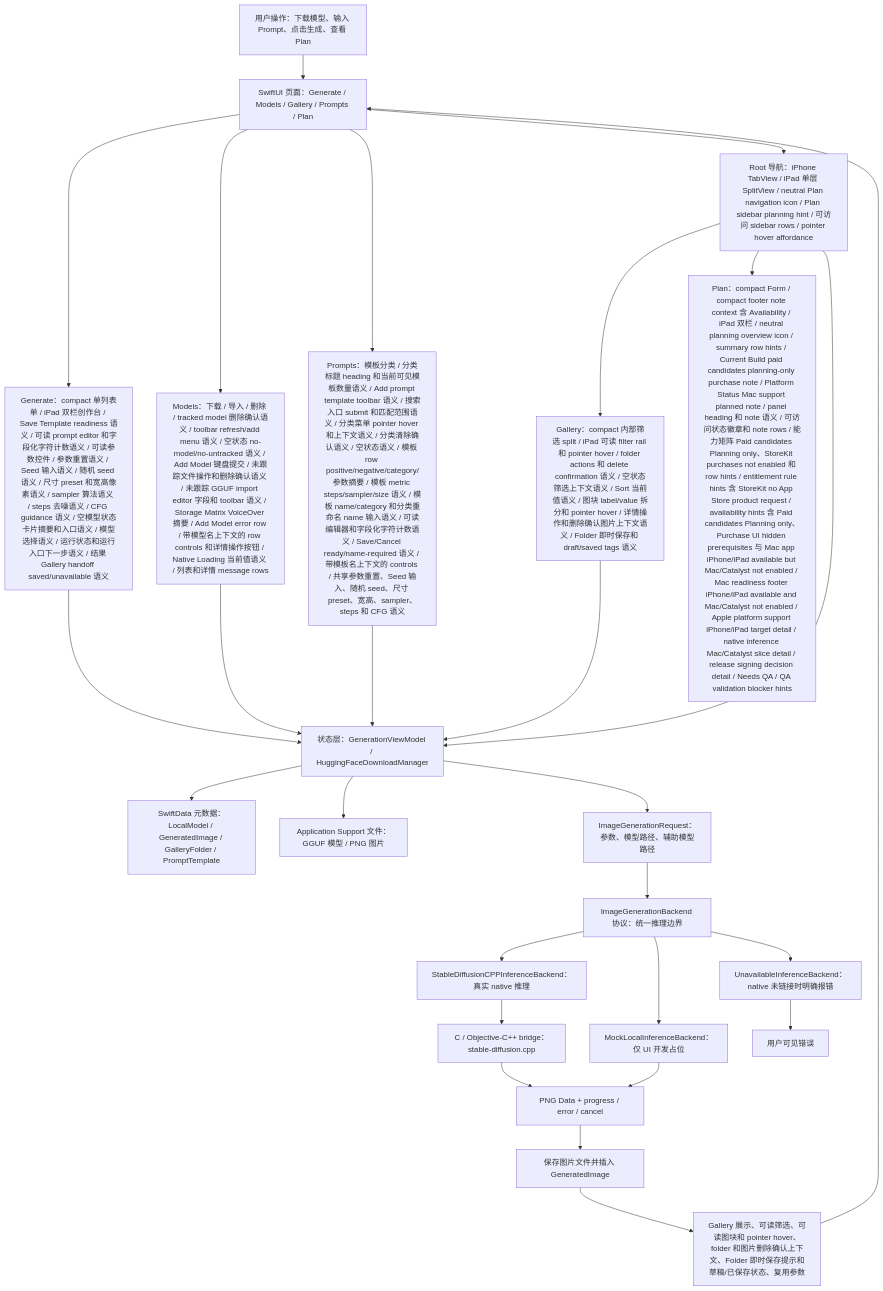
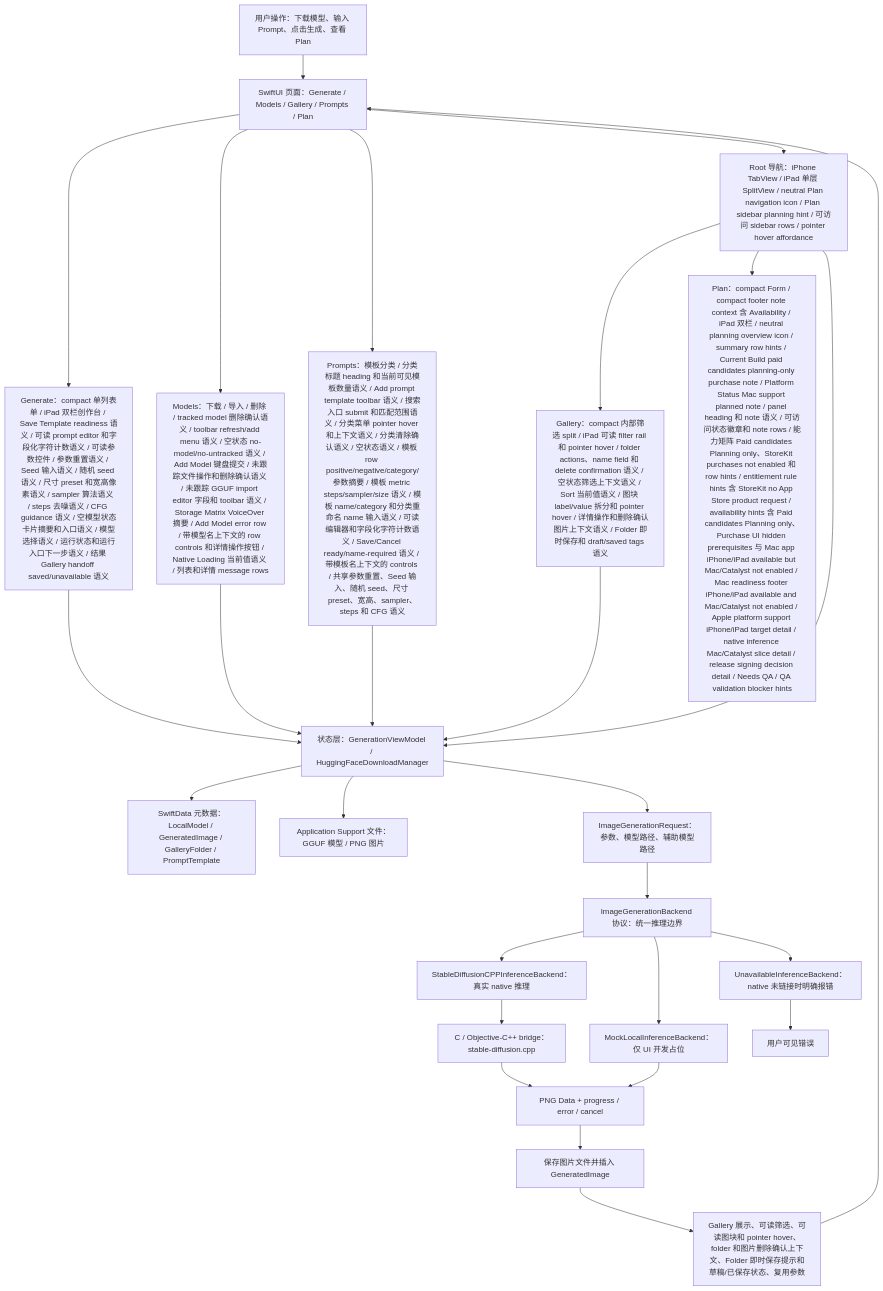
Before and after one commit to Altman-sam114/118: the first of 7 diagrams in md/flow/flowchart.md, drawn with Mermaid. The commit also changed 5 other files, not shown here.

First line of the commit message:
v1.107: Gallery folder name field semantics

````diff
--- a/md/flow/flowchart.md
+++ b/md/flow/flowchart.md
@@ -9,29 +9,29 @@
 ```mermaid
 flowchart TD
   U["用户操作：下载模型、输入 Prompt、点击生成、查看 Plan"] --> UI["SwiftUI 页面：Generate / Models / Gallery / Prompts / Plan"]
   UI --> GENUI["Generate：compact 单列表单 / iPad 双栏创作台 / Save Template readiness 语义 / 可读 prompt editor 和字段化字符计数语义 / 可读参数控件 / 参数重置语义 / Seed 输入语义 / 随机 seed 语义 / 尺寸 preset 和宽高像素语义 / sampler 算法语义 / steps 去噪语义 / CFG guidance 语义 / 空模型状态卡片摘要和入口语义 / 模型选择语义 / 运行状态和运行入口下一步语义 / 结果 Gallery handoff saved/unavailable 语义"]
   UI --> MODELUI["Models：下载 / 导入 / 删除 / tracked model 删除确认语义 / toolbar refresh/add menu 语义 / 空状态 no-model/no-untracked 语义 / Add Model 键盘提交 / 未跟踪文件操作和删除确认语义 / 未跟踪 GGUF import editor 字段和 toolbar 语义 / Storage Matrix VoiceOver 摘要 / Add Model error row / 带模型名上下文的 row controls 和详情操作按钮 / Native Loading 当前值语义 / 列表和详情 message rows"]
   UI --> PROMPTUI["Prompts：模板分类 / 分类标题 heading 和当前可见模板数量语义 / Add prompt template toolbar 语义 / 搜索入口 submit 和匹配范围语义 / 分类菜单 pointer hover 和上下文语义 / 分类清除确认语义 / 空状态语义 / 模板 row positive/negative/category/参数摘要 / 模板 metric steps/sampler/size 语义 / 模板 name/category 和分类重命名 name 输入语义 / 可读编辑器和字段化字符计数语义 / Save/Cancel ready/name-required 语义 / 带模板名上下文的 controls / 共享参数重置、Seed 输入、随机 seed、尺寸 preset、宽高、sampler、steps 和 CFG 语义"]
   UI --> NAV["Root 导航：iPhone TabView / iPad 单层 SplitView / neutral Plan navigation icon / Plan sidebar planning hint / 可访问 sidebar rows / pointer hover affordance"]
-  NAV --> GALUI["Gallery：compact 内部筛选 split / iPad 可读 filter rail 和 pointer hover / folder actions 和 delete confirmation 语义 / 空状态筛选上下文语义 / Sort 当前值语义 / 图块 label/value 拆分和 pointer hover / 详情操作和删除确认图片上下文语义 / Folder 即时保存和 draft/saved tags 语义"]
+  NAV --> GALUI["Gallery：compact 内部筛选 split / iPad 可读 filter rail 和 pointer hover / folder actions、name field 和 delete confirmation 语义 / 空状态筛选上下文语义 / Sort 当前值语义 / 图块 label/value 拆分和 pointer hover / 详情操作和删除确认图片上下文语义 / Folder 即时保存和 draft/saved tags 语义"]
   NAV --> PLANUI["Plan：compact Form / compact footer note context 含 Availability / iPad 双栏 / neutral planning overview icon / summary row hints / Current Build paid candidates planning-only purchase note / Platform Status Mac support planned note / panel heading 和 note 语义 / 可访问状态徽章和 note rows / 能力矩阵 Paid candidates Planning only、StoreKit purchases not enabled 和 row hints / entitlement rule hints 含 StoreKit no App Store product request / availability hints 含 Paid candidates Planning only、Purchase UI hidden prerequisites 与 Mac app iPhone/iPad available but Mac/Catalyst not enabled / Mac readiness footer iPhone/iPad available and Mac/Catalyst not enabled / Apple platform support iPhone/iPad target detail / native inference Mac/Catalyst slice detail / release signing decision detail / Needs QA / QA validation blocker hints"]
   NAV --> VM["状态层：GenerationViewModel / HuggingFaceDownloadManager"]
   GENUI --> VM
   MODELUI --> VM
   PROMPTUI --> VM
   GALUI --> VM
   VM --> SD["SwiftData 元数据：LocalModel / GeneratedImage / GalleryFolder / PromptTemplate"]
   VM --> FS["Application Support 文件：GGUF 模型 / PNG 图片"]
   VM --> REQ["ImageGenerationRequest：参数、模型路径、辅助模型路径"]
   REQ --> IFACE["ImageGenerationBackend 协议：统一推理边界"]
   IFACE --> NATIVE["StableDiffusionCPPInferenceBackend：真实 native 推理"]
   IFACE --> MOCK["MockLocalInferenceBackend：仅 UI 开发占位"]
   IFACE --> OFF["UnavailableInferenceBackend：native 未链接时明确报错"]
   NATIVE --> BRIDGE["C / Objective-C++ bridge：stable-diffusion.cpp"]
   BRIDGE --> PNG["PNG Data + progress / error / cancel"]
   MOCK --> PNG
   OFF --> ERR["用户可见错误"]
   PNG --> SAVE["保存图片文件并插入 GeneratedImage"]
   SAVE --> GALLERY["Gallery 展示、可读筛选、可读图块和 pointer hover、folder 和图片删除确认上下文、Folder 即时保存提示和草稿/已保存状态、复用参数"]
   GALLERY --> UI
 ```
````
